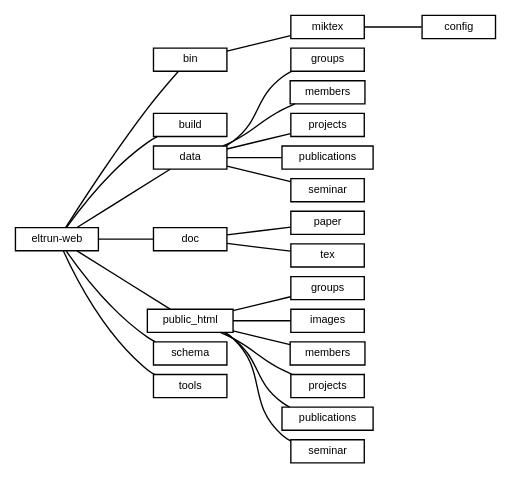
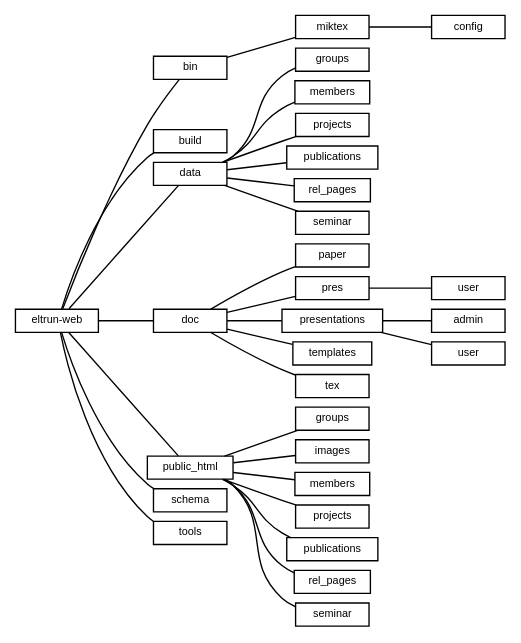
The diagram in doc/paper/distro.dot (istlab/web), drawn with Graphviz before and after one commit. The commit also changed other lines of this file and 6 other files, not shown here.

```diff
--- a/doc/paper/distro.dot
+++ b/doc/paper/distro.dot
@@ -1,57 +1,73 @@
-#!/usr/local/bin/dot
+#!/usr/bin/dot
 # Automatically generated file.
-# Contains the directory representation of eltrun-web generated by c:\bin\digraph.pl
+# Contains the directory representation of /opt/devel/eltrun-web/ generated by /opt/bin/dirgraph.pl
 #
 
 digraph G {
 	nodesep=.1;
 	rankdir=LR;
 	node [height=.15,shape=box,fontname="Helvetica",fontsize=8];
 	edge [arrowhead=none,arrowtail=none];
 
-	_D__Projects_eltrun_web [label="eltrun-web"];
-	_D__Projects_eltrun_web_bin [label="bin"];
-	_D__Projects_eltrun_web_bin_miktex [label="miktex"];
-	_D__Projects_eltrun_web_bin_miktex_config [label="config"];
-	_D__Projects_eltrun_web_build [label="build"];
-	_D__Projects_eltrun_web_data [label="data"];
-	_D__Projects_eltrun_web_data_groups [label="groups"];
-	_D__Projects_eltrun_web_data_members [label="members"];
-	_D__Projects_eltrun_web_data_projects [label="projects"];
-	_D__Projects_eltrun_web_data_publications [label="publications"];
-	_D__Projects_eltrun_web_data_seminar [label="seminar"];
-	_D__Projects_eltrun_web_doc [label="doc"];
-	_D__Projects_eltrun_web_doc_paper [label="paper"];
-	_D__Projects_eltrun_web_doc_tex [label="tex"];
-	_D__Projects_eltrun_web_public_html [label="public_html"];
-	_D__Projects_eltrun_web_public_html_groups [label="groups"];
-	_D__Projects_eltrun_web_public_html_images [label="images"];
-	_D__Projects_eltrun_web_public_html_members [label="members"];
-	_D__Projects_eltrun_web_public_html_projects [label="projects"];
-	_D__Projects_eltrun_web_public_html_publications [label="publications"];
-	_D__Projects_eltrun_web_public_html_seminar [label="seminar"];
-	_D__Projects_eltrun_web_schema [label="schema"];
-	_D__Projects_eltrun_web_tools [label="tools"];
-	_D__Projects_eltrun_web->_D__Projects_eltrun_web_bin;
-	_D__Projects_eltrun_web->_D__Projects_eltrun_web_build;
-	_D__Projects_eltrun_web->_D__Projects_eltrun_web_data;
-	_D__Projects_eltrun_web->_D__Projects_eltrun_web_doc;
-	_D__Projects_eltrun_web->_D__Projects_eltrun_web_public_html;
-	_D__Projects_eltrun_web->_D__Projects_eltrun_web_schema;
-	_D__Projects_eltrun_web->_D__Projects_eltrun_web_tools;
-	_D__Projects_eltrun_web_bin->_D__Projects_eltrun_web_bin_miktex;
-	_D__Projects_eltrun_web_bin_miktex->_D__Projects_eltrun_web_bin_miktex_config;
-	_D__Projects_eltrun_web_data->_D__Projects_eltrun_web_data_groups;
-	_D__Projects_eltrun_web_data->_D__Projects_eltrun_web_data_members;
-	_D__Projects_eltrun_web_data->_D__Projects_eltrun_web_data_projects;
-	_D__Projects_eltrun_web_data->_D__Projects_eltrun_web_data_publications;
-	_D__Projects_eltrun_web_data->_D__Projects_eltrun_web_data_seminar;
-	_D__Projects_eltrun_web_doc->_D__Projects_eltrun_web_doc_paper;
-	_D__Projects_eltrun_web_doc->_D__Projects_eltrun_web_doc_tex;
-	_D__Projects_eltrun_web_public_html->_D__Projects_eltrun_web_public_html_groups;
-	_D__Projects_eltrun_web_public_html->_D__Projects_eltrun_web_public_html_images;
-	_D__Projects_eltrun_web_public_html->_D__Projects_eltrun_web_public_html_members;
-	_D__Projects_eltrun_web_public_html->_D__Projects_eltrun_web_public_html_projects;
-	_D__Projects_eltrun_web_public_html->_D__Projects_eltrun_web_public_html_publications;
-	_D__Projects_eltrun_web_public_html->_D__Projects_eltrun_web_public_html_seminar;
+	__opt_devel_eltrun_web [label="eltrun-web"];
+	__opt_devel_eltrun_web_bin [label="bin"];
+	__opt_devel_eltrun_web_bin_miktex [label="miktex"];
+	__opt_devel_eltrun_web_bin_miktex_config [label="config"];
+	__opt_devel_eltrun_web_build [label="build"];
+	__opt_devel_eltrun_web_data [label="data"];
+	__opt_devel_eltrun_web_data_groups [label="groups"];
+	__opt_devel_eltrun_web_data_members [label="members"];
+	__opt_devel_eltrun_web_data_projects [label="projects"];
+	__opt_devel_eltrun_web_data_publications [label="publications"];
+	__opt_devel_eltrun_web_data_rel_pages [label="rel_pages"];
+	__opt_devel_eltrun_web_data_seminar [label="seminar"];
+	__opt_devel_eltrun_web_doc [label="doc"];
+	__opt_devel_eltrun_web_doc_paper [label="paper"];
+	__opt_devel_eltrun_web_doc_pres [label="pres"];
+	__opt_devel_eltrun_web_doc_pres_user [label="user"];
+	__opt_devel_eltrun_web_doc_presentations [label="presentations"];
+	__opt_devel_eltrun_web_doc_presentations_admin [label="admin"];
+	__opt_devel_eltrun_web_doc_presentations_user [label="user"];
+	__opt_devel_eltrun_web_doc_templates [label="templates"];
+	__opt_devel_eltrun_web_doc_tex [label="tex"];
+	__opt_devel_eltrun_web_public_html [label="public_html"];
+	__opt_devel_eltrun_web_public_html_groups [label="groups"];
+	__opt_devel_eltrun_web_public_html_images [label="images"];
+	__opt_devel_eltrun_web_public_html_members [label="members"];
+	__opt_devel_eltrun_web_public_html_projects [label="projects"];
+	__opt_devel_eltrun_web_public_html_publications [label="publications"];
+	__opt_devel_eltrun_web_public_html_rel_pages [label="rel_pages"];
+	__opt_devel_eltrun_web_public_html_seminar [label="seminar"];
+	__opt_devel_eltrun_web_schema [label="schema"];
+	__opt_devel_eltrun_web_tools [label="tools"];
+	__opt_devel_eltrun_web->__opt_devel_eltrun_web_bin;
+	__opt_devel_eltrun_web->__opt_devel_eltrun_web_build;
+	__opt_devel_eltrun_web->__opt_devel_eltrun_web_data;
+	__opt_devel_eltrun_web->__opt_devel_eltrun_web_doc;
+	__opt_devel_eltrun_web->__opt_devel_eltrun_web_public_html;
+	__opt_devel_eltrun_web->__opt_devel_eltrun_web_schema;
+	__opt_devel_eltrun_web->__opt_devel_eltrun_web_tools;
+	__opt_devel_eltrun_web_bin->__opt_devel_eltrun_web_bin_miktex;
+	__opt_devel_eltrun_web_bin_miktex->__opt_devel_eltrun_web_bin_miktex_config;
+	__opt_devel_eltrun_web_data->__opt_devel_eltrun_web_data_groups;
+	__opt_devel_eltrun_web_data->__opt_devel_eltrun_web_data_members;
+	__opt_devel_eltrun_web_data->__opt_devel_eltrun_web_data_projects;
+	__opt_devel_eltrun_web_data->__opt_devel_eltrun_web_data_publications;
+	__opt_devel_eltrun_web_data->__opt_devel_eltrun_web_data_rel_pages;
+	__opt_devel_eltrun_web_data->__opt_devel_eltrun_web_data_seminar;
+	__opt_devel_eltrun_web_doc->__opt_devel_eltrun_web_doc_paper;
+	__opt_devel_eltrun_web_doc->__opt_devel_eltrun_web_doc_pres;
+	__opt_devel_eltrun_web_doc->__opt_devel_eltrun_web_doc_presentations;
+	__opt_devel_eltrun_web_doc->__opt_devel_eltrun_web_doc_templates;
+	__opt_devel_eltrun_web_doc->__opt_devel_eltrun_web_doc_tex;
+	__opt_devel_eltrun_web_doc_pres->__opt_devel_eltrun_web_doc_pres_user;
+	__opt_devel_eltrun_web_doc_presentations->__opt_devel_eltrun_web_doc_presentations_admin;
+	__opt_devel_eltrun_web_doc_presentations->__opt_devel_eltrun_web_doc_presentations_user;
+	__opt_devel_eltrun_web_public_html->__opt_devel_eltrun_web_public_html_groups;
+	__opt_devel_eltrun_web_public_html->__opt_devel_eltrun_web_public_html_images;
+	__opt_devel_eltrun_web_public_html->__opt_devel_eltrun_web_public_html_members;
+	__opt_devel_eltrun_web_public_html->__opt_devel_eltrun_web_public_html_projects;
+	__opt_devel_eltrun_web_public_html->__opt_devel_eltrun_web_public_html_publications;
+	__opt_devel_eltrun_web_public_html->__opt_devel_eltrun_web_public_html_rel_pages;
+	__opt_devel_eltrun_web_public_html->__opt_devel_eltrun_web_public_html_seminar;
 }
```
